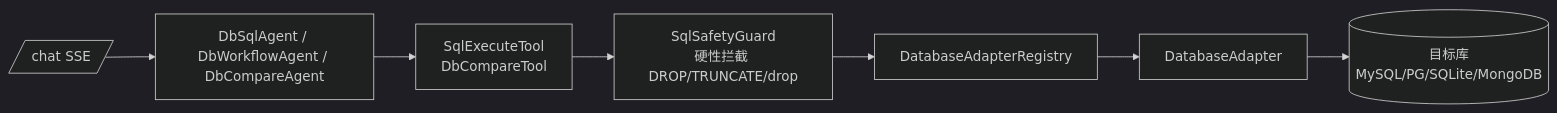
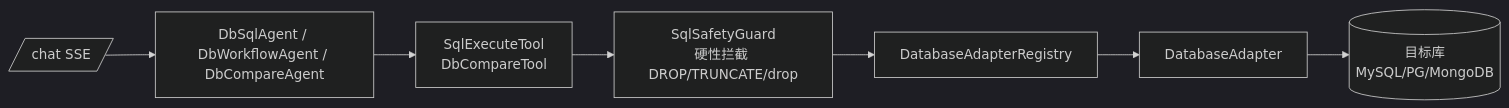
One commit to spcodhu/db-genius changed the third of 5 diagrams in docs/features/multi-database-support.md. Above: the diagram before and after it, drawn with Mermaid (dark theme). The commit also changed other lines of this file and 20 other files, not shown here.

````diff
--- a/docs/features/multi-database-support.md
+++ b/docs/features/multi-database-support.md
@@ -78,9 +75,9 @@
 ```mermaid
 flowchart LR
     A[/chat SSE/] --> B[DbSqlAgent / DbWorkflowAgent / DbCompareAgent]
     B --> C[SqlExecuteTool<br>DbCompareTool]
     C --> D[SqlSafetyGuard<br>硬性拦截 DROP/TRUNCATE/drop]
     D --> E[DatabaseAdapterRegistry]
     E --> F[DatabaseAdapter]
-    F --> G[(目标库<br>MySQL/PG/SQLite/MongoDB)]
+    F --> G[(目标库<br>MySQL/PG/MongoDB)]
 ```
````
